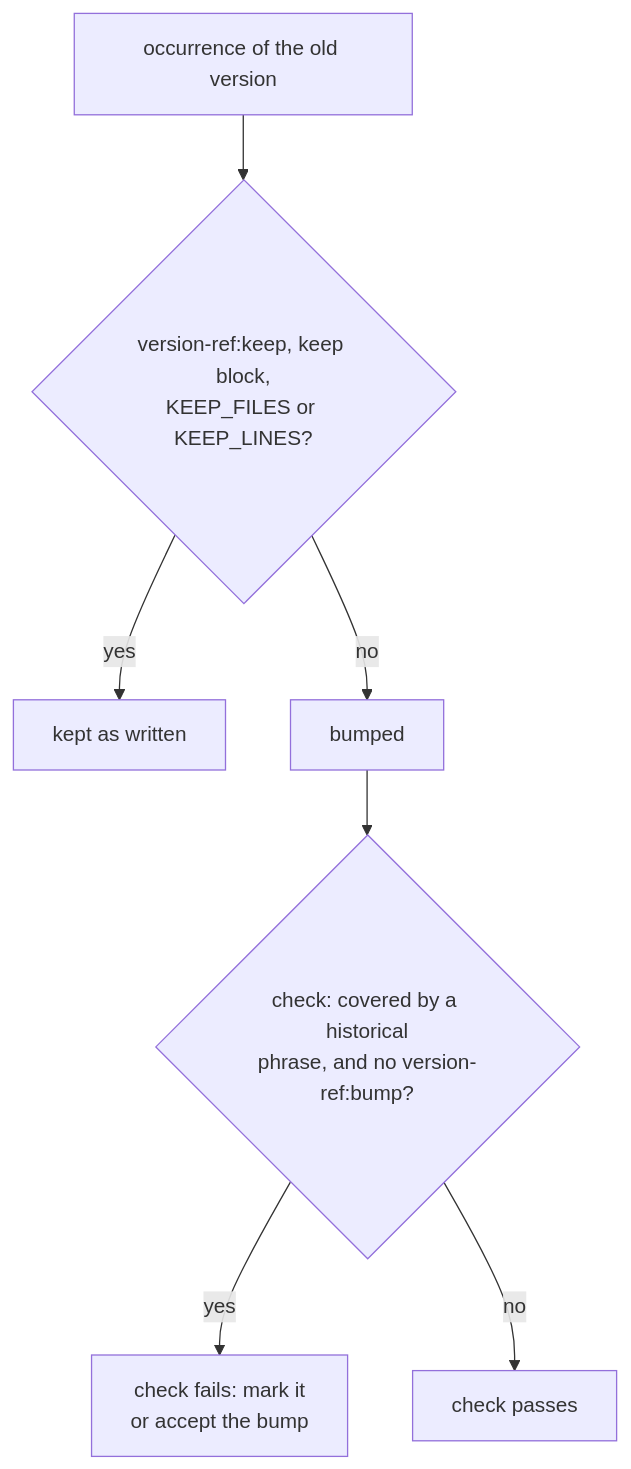
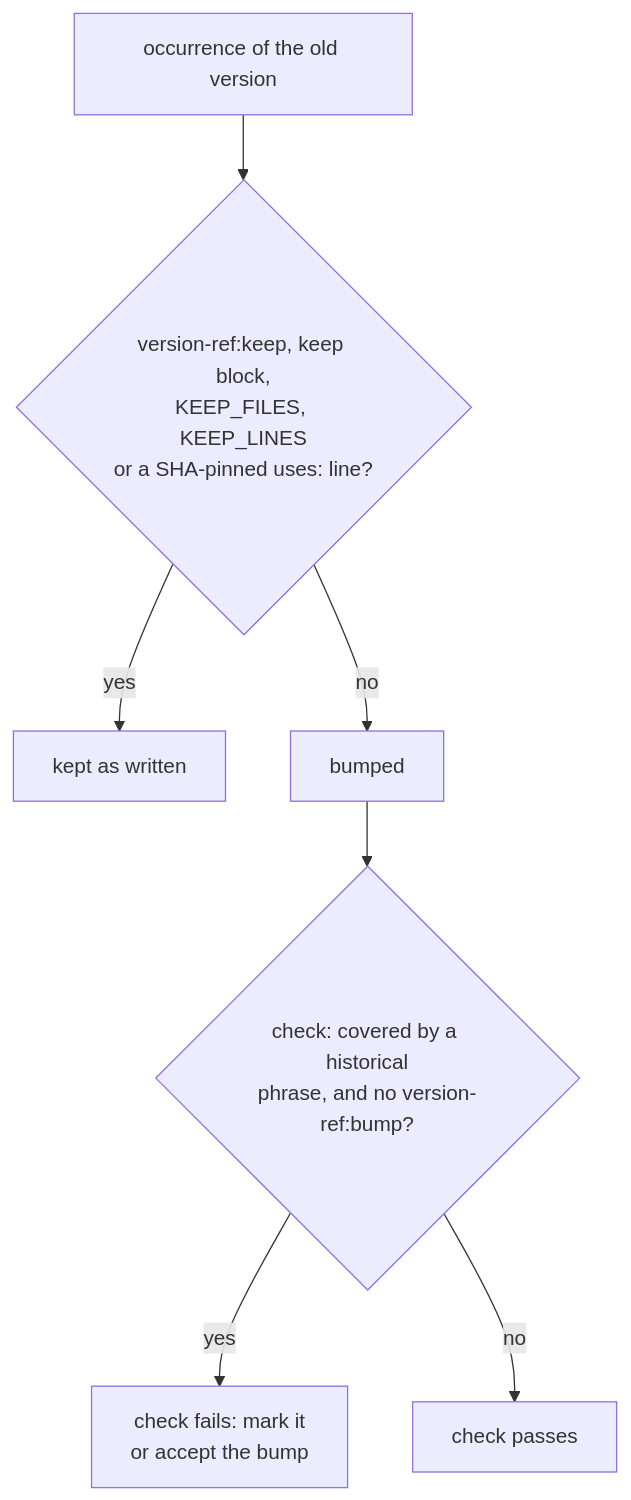
The diagram in docs/operations/release-process.md (mock-server/mockserver), drawn with Mermaid before and after one commit. The commit also changed other lines of this file and 2 other files, not shown here.

First line of the commit message:
docs(release): document the pinned-action keep and the workflow check

````diff
--- a/docs/operations/release-process.md
+++ b/docs/operations/release-process.md
@@ -438,9 +438,9 @@
 ```mermaid
 flowchart TD
-    A["occurrence of the old version"] --> B{"version-ref:keep, keep block,\nKEEP_FILES or KEEP_LINES?"}
+    A["occurrence of the old version"] --> B{"version-ref:keep, keep block,\nKEEP_FILES, KEEP_LINES\nor a SHA-pinned uses: line?"}
     B -- yes --> K["kept as written"]
     B -- no --> U["bumped"]
     U --> C{"check: covered by a historical\nphrase, and no version-ref:bump?"}
     C -- yes --> F["check fails: mark it\nor accept the bump"]
     C -- no --> P["check passes"]
 ```
````
